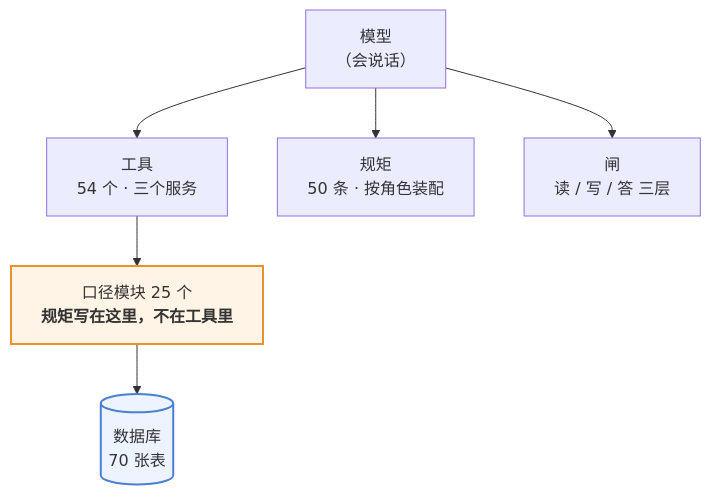
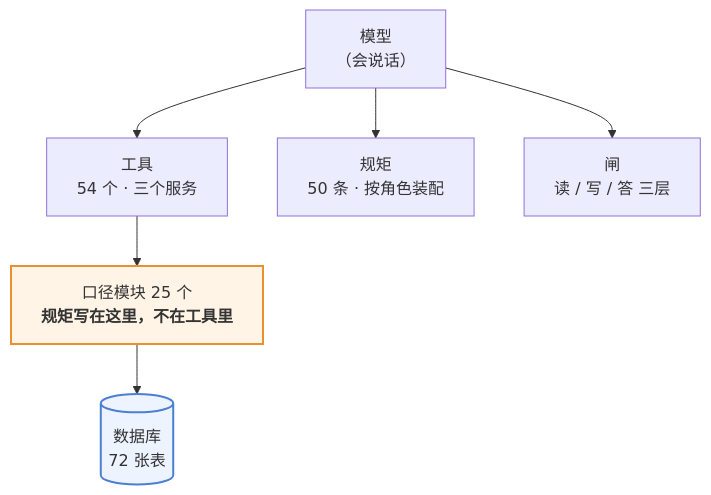
Before and after one commit to 843773296-rgb/lanxiu-yunshang-agent: the first of 3 diagrams in 澜绣云裳agent-产品说明.md, drawn with Mermaid. The commit also changed other lines of this file and 7 other files, not shown here.

````diff
--- a/澜绣云裳agent-产品说明.md
+++ b/澜绣云裳agent-产品说明.md
@@ -62,12 +62,12 @@
 ```mermaid
 flowchart TD
     M["模型<br/>（会说话）"]
     M --> T["工具<br/>54 个 · 三个服务"]
     M --> R["规矩<br/>50 条 · 按角色装配"]
     M --> G["闸<br/>读 / 写 / 答 三层"]
     T --> K["口径模块 25 个<br/><b>规矩写在这里，不在工具里</b>"]
-    K --> DB[("数据库<br/>70 张表")]
+    K --> DB[("数据库<br/>72 张表")]
 
     style K fill:#fff4e6,stroke:#e8912d,stroke-width:2px
     style DB fill:#eef4ff,stroke:#4a7fd4,stroke-width:2px
 ```
````
